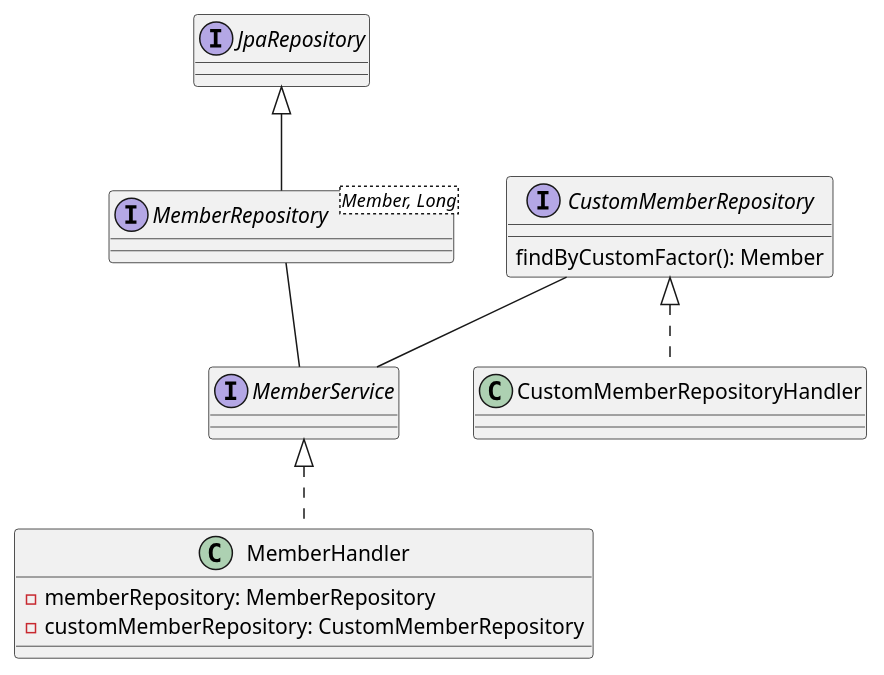
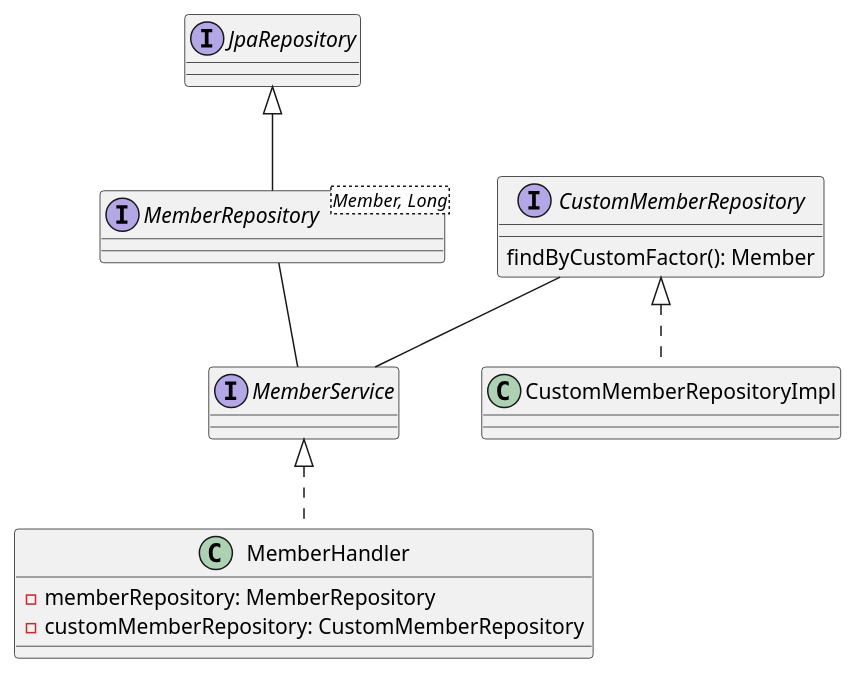
The diagram in diagram/custom-repository-bad-case.plantuml (lcalmsky/spring-data-jpa), drawn with PlantUML before and after one commit.

Commit message:
Update plantuml file

```diff
--- a/diagram/custom-repository-bad-case.plantuml
+++ b/diagram/custom-repository-bad-case.plantuml
@@ -1,20 +1,20 @@
 @startuml
 interface JpaRepository
 interface MemberRepository<Member, Long>
 interface CustomMemberRepository {
     findByCustomFactor(): Member
 }
-class CustomMemberRepositoryHandler implements CustomMemberRepository{
+class CustomMemberRepositoryImpl implements CustomMemberRepository{
 }
 interface MemberService {
 
 }
 class MemberHandler implements MemberService {
     - memberRepository: MemberRepository
     - customMemberRepository: CustomMemberRepository
 }
 
 JpaRepository <|-down- MemberRepository
 MemberRepository -down- MemberService
 CustomMemberRepository -down- MemberService
 @enduml
```
